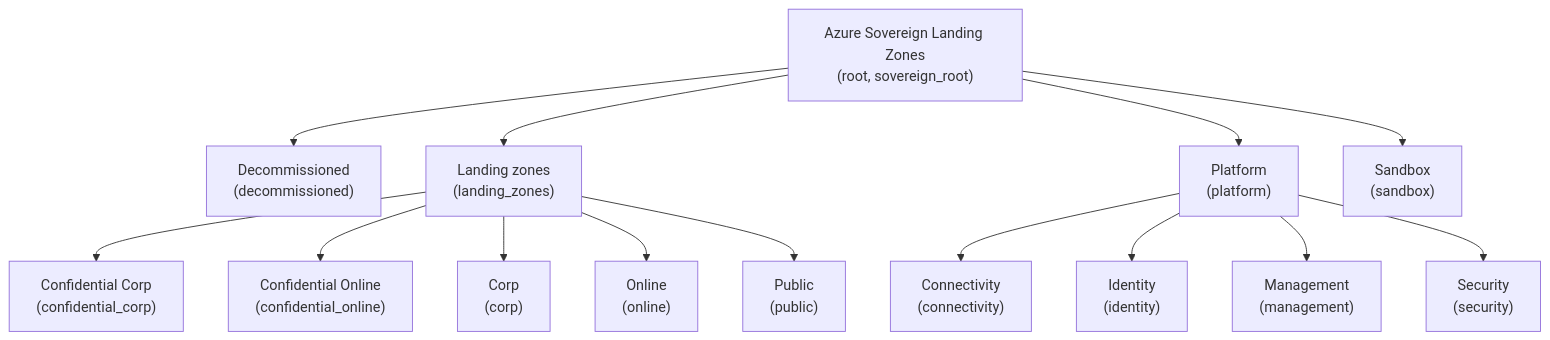
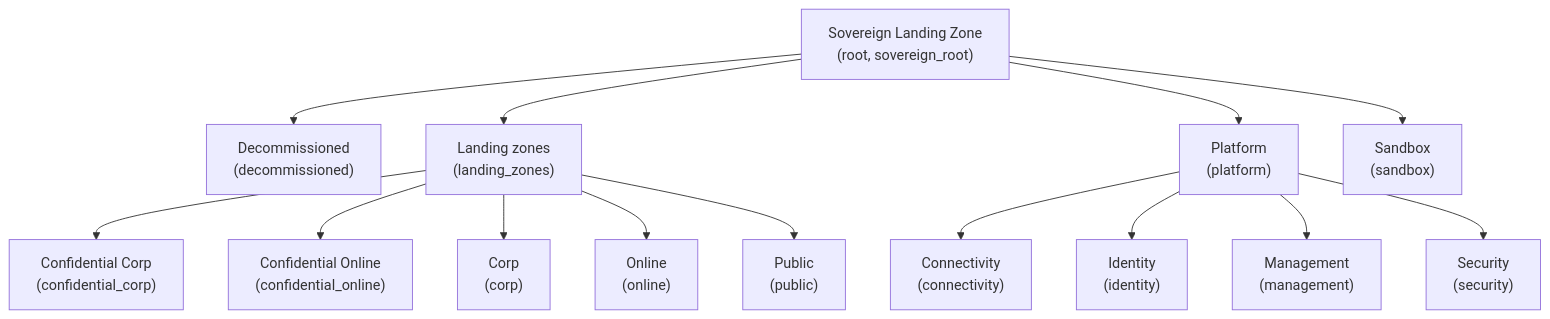
The second of 2 diagrams in platform/slz/README.md (Azure/Azure-Landing-Zones-Library), drawn with Mermaid before and after one commit. The commit also changed other lines of this file, not shown here.

````diff
--- a/platform/slz/README.md
+++ b/platform/slz/README.md
@@ -73,45 +73,45 @@
 ```mermaid
 flowchart TD
-  alz["Azure Sovereign Landing Zones
+  slz["Sovereign Landing Zone
 (root, sovereign_root)"]
-  alz --> decommissioned
+  slz --> decommissioned
   decommissioned["Decommissioned
 (decommissioned)"]
-  alz --> landingzones
+  slz --> landingzones
   landingzones["Landing zones
 (landing_zones)"]
   landingzones --> confidential_corp
   confidential_corp["Confidential Corp
 (confidential_corp)"]
   landingzones --> confidential_online
   confidential_online["Confidential Online
 (confidential_online)"]
   landingzones --> corp
   corp["Corp
 (corp)"]
   landingzones --> online
   online["Online
 (online)"]
   landingzones --> public
   public["Public
 (public)"]
-  alz --> platform
+  slz --> platform
   platform["Platform
 (platform)"]
   platform --> connectivity
   connectivity["Connectivity
 (connectivity)"]
   platform --> identity
   identity["Identity
 (identity)"]
   platform --> management
   management["Management
 (management)"]
   platform --> security
   security["Security
 (security)"]
-  alz --> sandbox
+  slz --> sandbox
   sandbox["Sandbox
 (sandbox)"]
 
 ```
````
